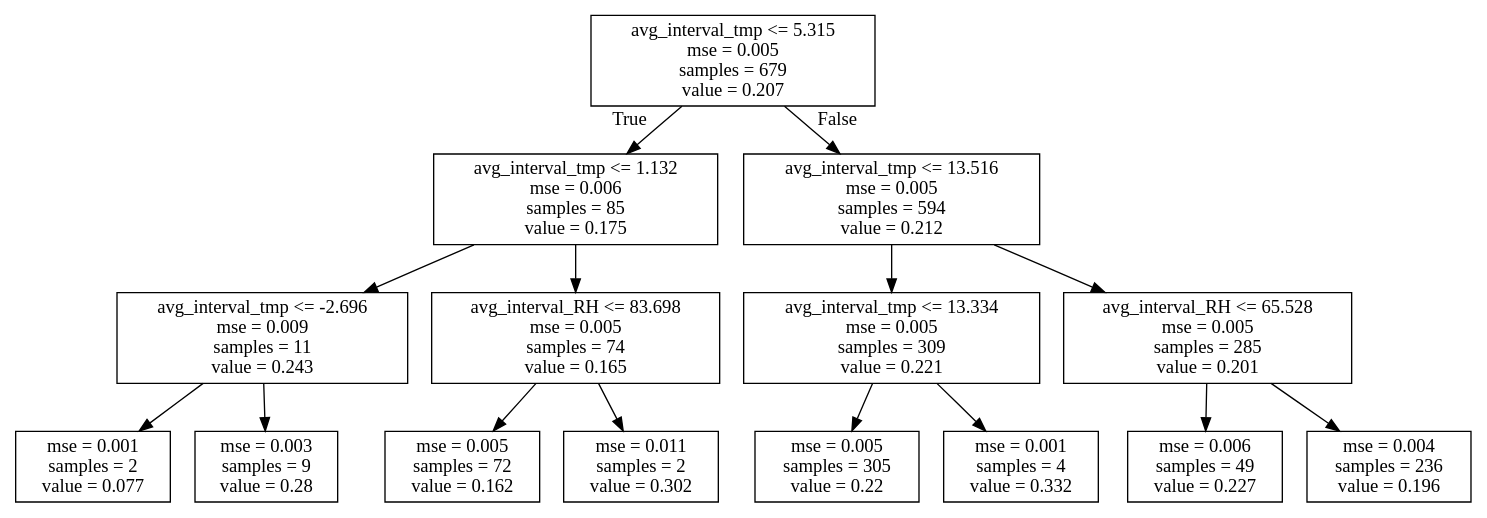
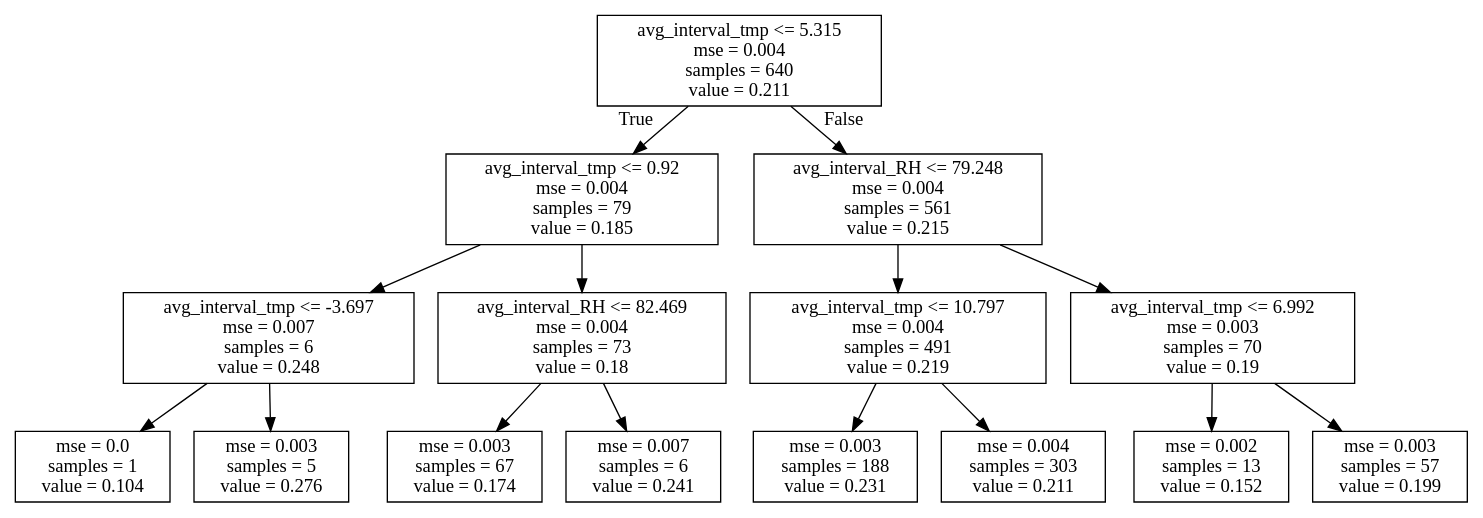
Before and after one commit to hopl1t/covid19: the diagram in products/decision_tree/decision_tree_first_7_run3.dot, drawn with Graphviz. The commit also changed 21 other files, not shown here.

```diff
--- a/products/decision_tree/decision_tree_first_7_run3.dot
+++ b/products/decision_tree/decision_tree_first_7_run3.dot
@@ -1,32 +1,32 @@
 digraph Tree {
 node [shape=box] ;
-0 [label="avg_interval_tmp <= 5.315\nmse = 0.005\nsamples = 679\nvalue = 0.207"] ;
-1 [label="avg_interval_tmp <= 1.132\nmse = 0.006\nsamples = 85\nvalue = 0.175"] ;
+0 [label="avg_interval_tmp <= 5.315\nmse = 0.004\nsamples = 640\nvalue = 0.211"] ;
+1 [label="avg_interval_tmp <= 0.92\nmse = 0.004\nsamples = 79\nvalue = 0.185"] ;
 0 -> 1 [labeldistance=2.5, labelangle=45, headlabel="True"] ;
-2 [label="avg_interval_tmp <= -2.696\nmse = 0.009\nsamples = 11\nvalue = 0.243"] ;
+2 [label="avg_interval_tmp <= -3.697\nmse = 0.007\nsamples = 6\nvalue = 0.248"] ;
 1 -> 2 ;
-3 [label="mse = 0.001\nsamples = 2\nvalue = 0.077"] ;
+3 [label="mse = 0.0\nsamples = 1\nvalue = 0.104"] ;
 2 -> 3 ;
-4 [label="mse = 0.003\nsamples = 9\nvalue = 0.28"] ;
+4 [label="mse = 0.003\nsamples = 5\nvalue = 0.276"] ;
 2 -> 4 ;
-5 [label="avg_interval_RH <= 83.698\nmse = 0.005\nsamples = 74\nvalue = 0.165"] ;
+5 [label="avg_interval_RH <= 82.469\nmse = 0.004\nsamples = 73\nvalue = 0.18"] ;
 1 -> 5 ;
-6 [label="mse = 0.005\nsamples = 72\nvalue = 0.162"] ;
+6 [label="mse = 0.003\nsamples = 67\nvalue = 0.174"] ;
 5 -> 6 ;
-7 [label="mse = 0.011\nsamples = 2\nvalue = 0.302"] ;
+7 [label="mse = 0.007\nsamples = 6\nvalue = 0.241"] ;
 5 -> 7 ;
-8 [label="avg_interval_tmp <= 13.516\nmse = 0.005\nsamples = 594\nvalue = 0.212"] ;
+8 [label="avg_interval_RH <= 79.248\nmse = 0.004\nsamples = 561\nvalue = 0.215"] ;
 0 -> 8 [labeldistance=2.5, labelangle=-45, headlabel="False"] ;
-9 [label="avg_interval_tmp <= 13.334\nmse = 0.005\nsamples = 309\nvalue = 0.221"] ;
+9 [label="avg_interval_tmp <= 10.797\nmse = 0.004\nsamples = 491\nvalue = 0.219"] ;
 8 -> 9 ;
-10 [label="mse = 0.005\nsamples = 305\nvalue = 0.22"] ;
+10 [label="mse = 0.003\nsamples = 188\nvalue = 0.231"] ;
 9 -> 10 ;
-11 [label="mse = 0.001\nsamples = 4\nvalue = 0.332"] ;
+11 [label="mse = 0.004\nsamples = 303\nvalue = 0.211"] ;
 9 -> 11 ;
-12 [label="avg_interval_RH <= 65.528\nmse = 0.005\nsamples = 285\nvalue = 0.201"] ;
+12 [label="avg_interval_tmp <= 6.992\nmse = 0.003\nsamples = 70\nvalue = 0.19"] ;
 8 -> 12 ;
-13 [label="mse = 0.006\nsamples = 49\nvalue = 0.227"] ;
+13 [label="mse = 0.002\nsamples = 13\nvalue = 0.152"] ;
 12 -> 13 ;
-14 [label="mse = 0.004\nsamples = 236\nvalue = 0.196"] ;
+14 [label="mse = 0.003\nsamples = 57\nvalue = 0.199"] ;
 12 -> 14 ;
 }
```
